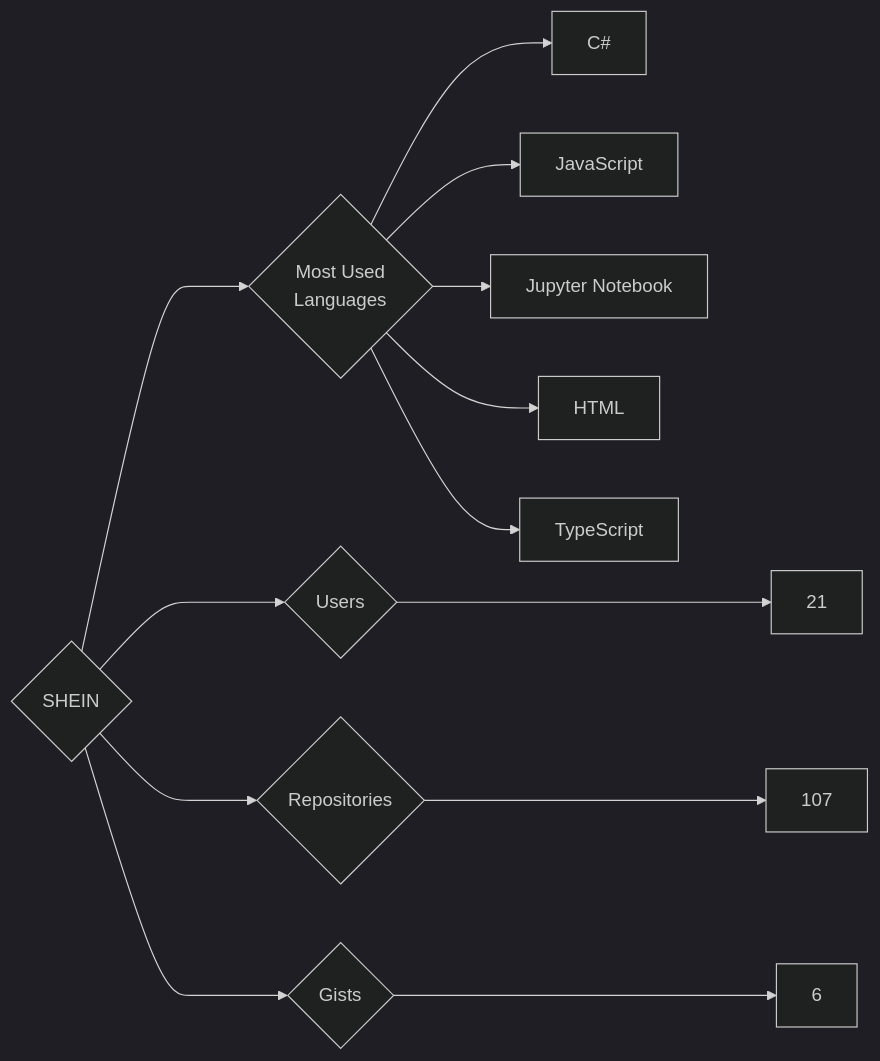
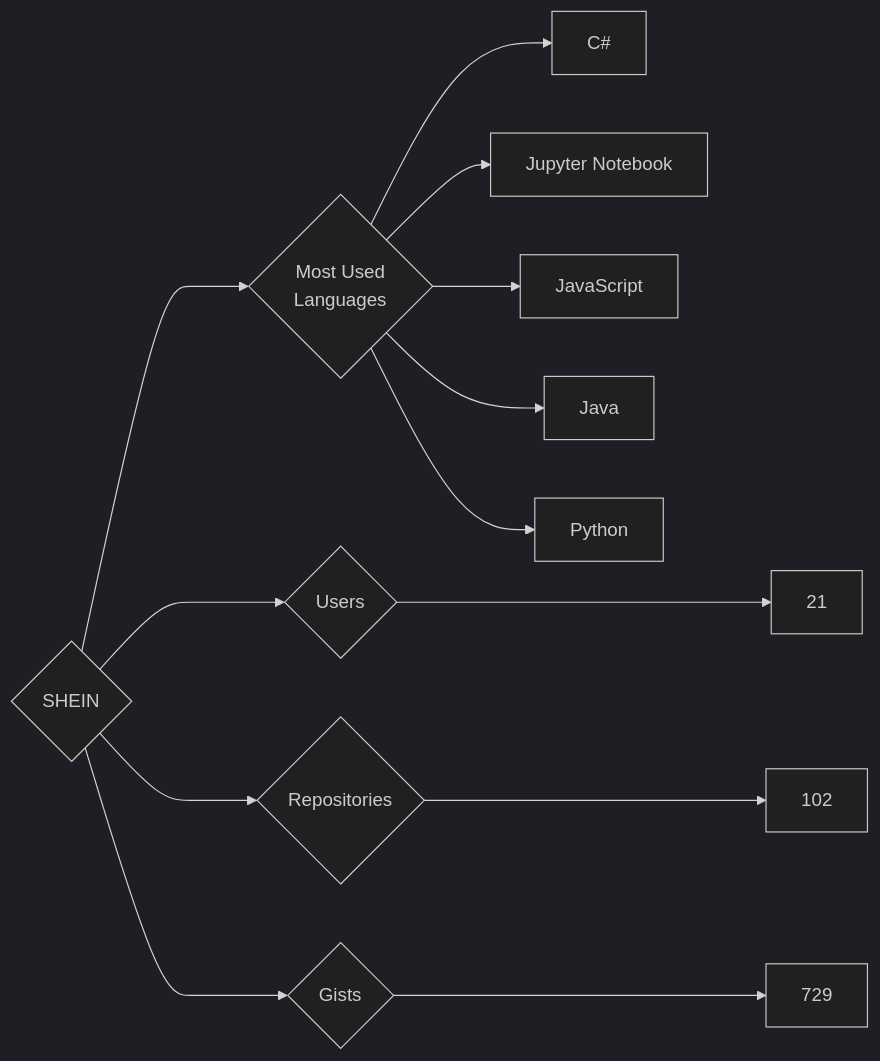
Before and after one commit to trickest/insiders: the diagram in targets/SHEIN/README.md, drawn with Mermaid (dark theme). The commit also changed 898 other files, not shown here.

````diff
--- a/targets/SHEIN/README.md
+++ b/targets/SHEIN/README.md
@@ -3,13 +3,13 @@
 ```mermaid
 graph LR
 COMPANY_NAME{SHEIN}
 COMPANY_NAME ---> U{Users} ---> UN[21]
-COMPANY_NAME ---> R{Repositories} ---> RN[107]
-COMPANY_NAME ---> G{Gists} ---> GN[6]
+COMPANY_NAME ---> R{Repositories} ---> RN[102]
+COMPANY_NAME ---> G{Gists} ---> GN[729]
 COMPANY_NAME ---> ML{Most Used<br>Languages}
 ML --> C#[C#]
+ML --> Jupyter_Notebook[Jupyter Notebook]
 ML --> JavaScript[JavaScript]
-ML --> Jupyter_Notebook[Jupyter Notebook]
-ML --> HTML[HTML]
-ML --> TypeScript[TypeScript]
+ML --> Java[Java]
+ML --> Python[Python]
 ```
````
